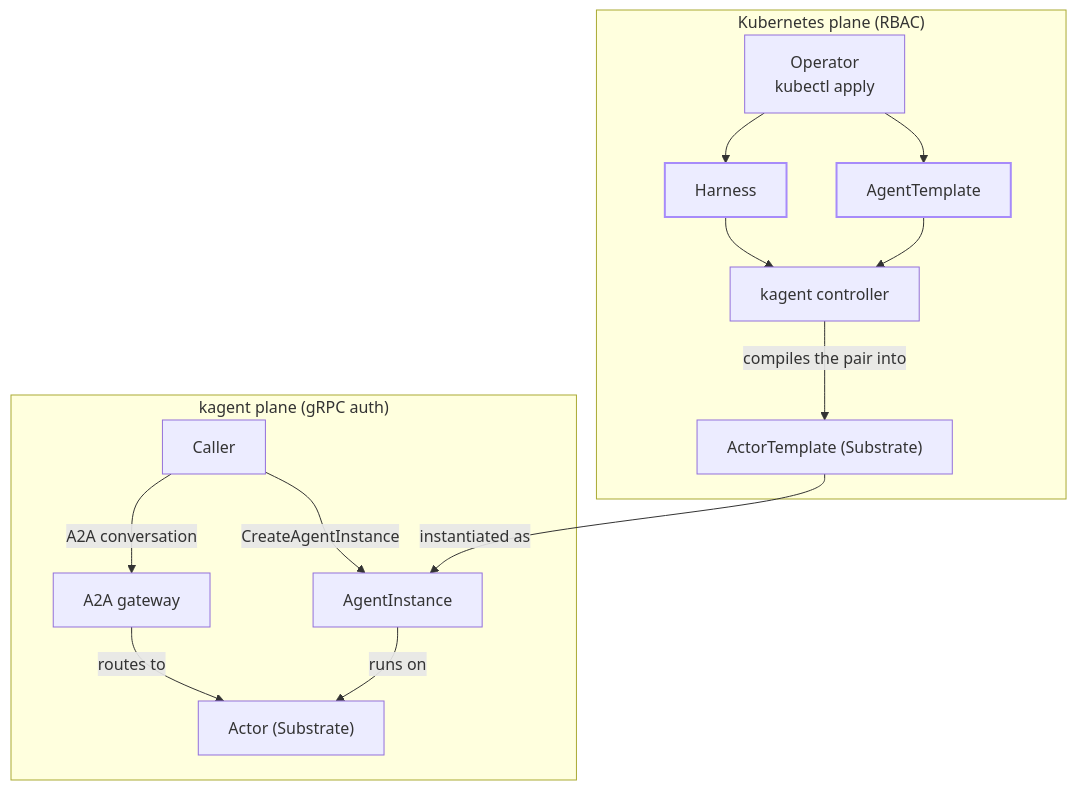
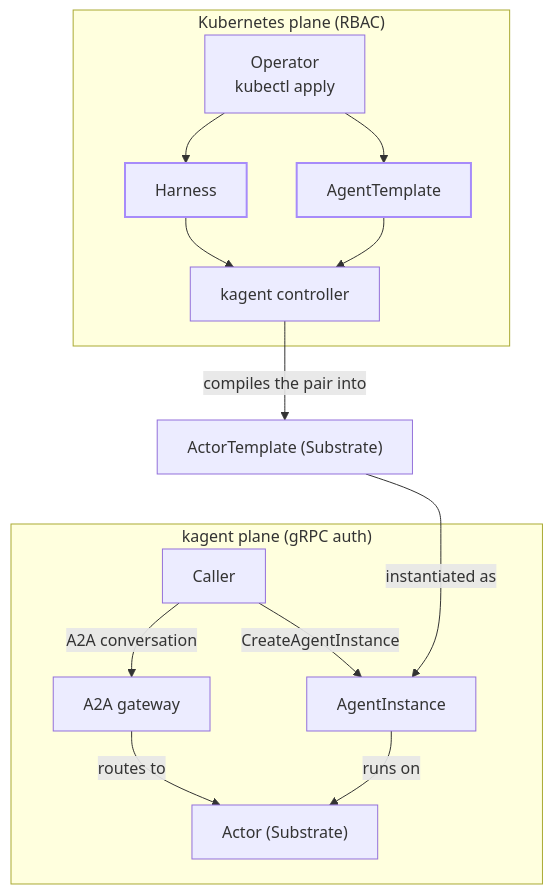
One commit to Rachael-Graham/website-1.0 changed the diagram in docs-site/content/kagent/1.x/about/architecture.md. Above: the diagram before and after it, drawn with Mermaid. The commit also changed other lines of this file and 4 other files, not shown here.

````diff
--- a/docs-site/content/kagent/1.x/about/architecture.md
+++ b/docs-site/content/kagent/1.x/about/architecture.md
@@ -20,38 +20,43 @@
 ```mermaid
 flowchart TB
 
     subgraph k8s["Kubernetes plane (RBAC)"]
         operator["Operator<br>kubectl apply"]
         harness["Harness"]
         template["AgentTemplate"]
         controller["kagent controller"]
-        actortemplate["ActorTemplate (Substrate)"]
         operator --> harness
         operator --> template
         harness --> controller
         template --> controller
-        controller -->|compiles the pair into| actortemplate
     end
+
+    %% Declared outside both subgraphs on purpose. An ActorTemplate is a Substrate
+    %% resource reached over gRPC, not a Kubernetes object, so it belongs to
+    %% neither plane. A node joins whichever subgraph first references it, so both
+    %% of its edges have to live out here too.
+    actortemplate["ActorTemplate (Substrate)"]
+    controller -->|compiles the pair into| actortemplate
 
     subgraph kagentplane["kagent plane (gRPC auth)"]
         caller["Caller"]
         gateway["A2A gateway"]
         instance["AgentInstance"]
         actor["Actor (Substrate)"]
         caller -->|A2A conversation| gateway
         caller -->|CreateAgentInstance| instance
         gateway -->|routes to| actor
         instance -->|runs on| actor
     end
 
-    %% Declared outside both subgraphs on purpose: a node belongs to whichever
-    %% subgraph first references it, so putting this edge inside the kagent plane
-    %% would pull ActorTemplate out of the Kubernetes plane.
     actortemplate -->|instantiated as| instance
-    %% Invisible link: forces the kagent plane to sit fully below the Kubernetes
-    %% plane. Without it, the layout engine staggers the two planes diagonally.
-    %% actortemplate ~~~ caller
+    %% Invisible link: forces the kagent plane to sit fully below the ActorTemplate,
+    %% and the ActorTemplate below the Kubernetes plane. Without it the layout engine
+    %% staggers the two planes diagonally, which both wastes width and scrambles the
+    %% reading order. Anchor it to actortemplate, not controller: anchoring higher
+    %% loses the stacking. Verified by rendering.
+    actortemplate ~~~ caller
 
     classDef crd stroke:#a78bfa,stroke-width:2px
     class harness,template crd
 ```
````
